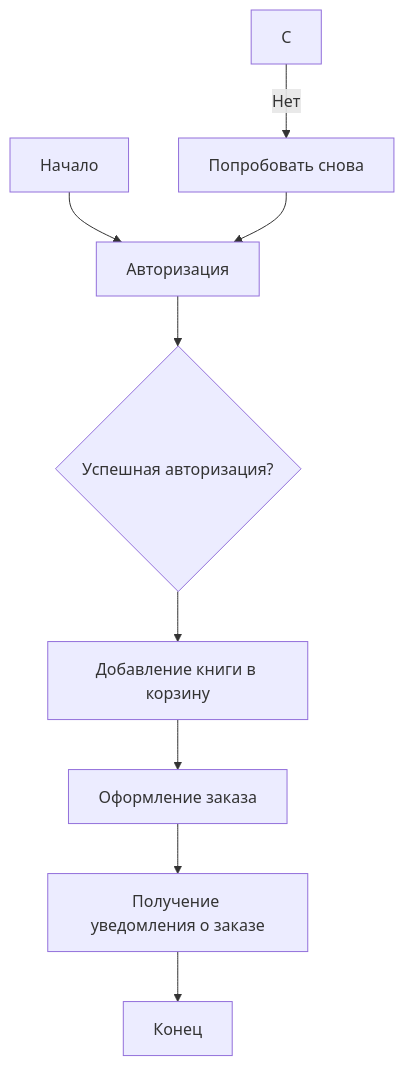
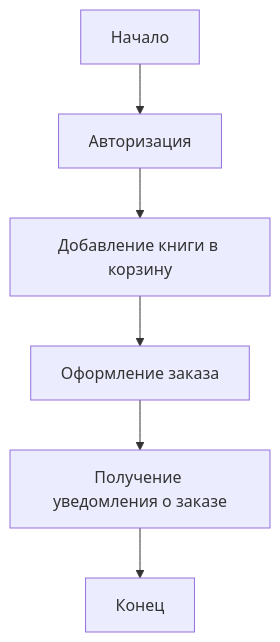
One commit to MANASLU8/chappel-of-examples changed the first of 3 diagrams in lab1/report.md. Above: the diagram before and after it, drawn with Mermaid. The commit also changed other lines of this file, not shown here.

Commit message:
Добавил диаграмму последовательности

````diff
--- a/lab1/report.md
+++ b/lab1/report.md
@@ -45,11 +45,8 @@
 ```mermaid
 graph TD
     A[Начало] --> B[Авторизация]
-    B --> D{Успешная авторизация?}
-    D --> E[Добавление книги в корзину]
-    E --> F[Оформление заказа]
-    F --> G[Получение уведомления о заказе]
-    G --> H[Конец]
-    C -- Нет --> I[Попробовать снова]
-    I --> B
+    B --> C[Добавление книги в корзину]
+    C --> D[Оформление заказа]
+    D --> E[Получение уведомления о заказе]
+    E --> F[Конец]
 ```
````
